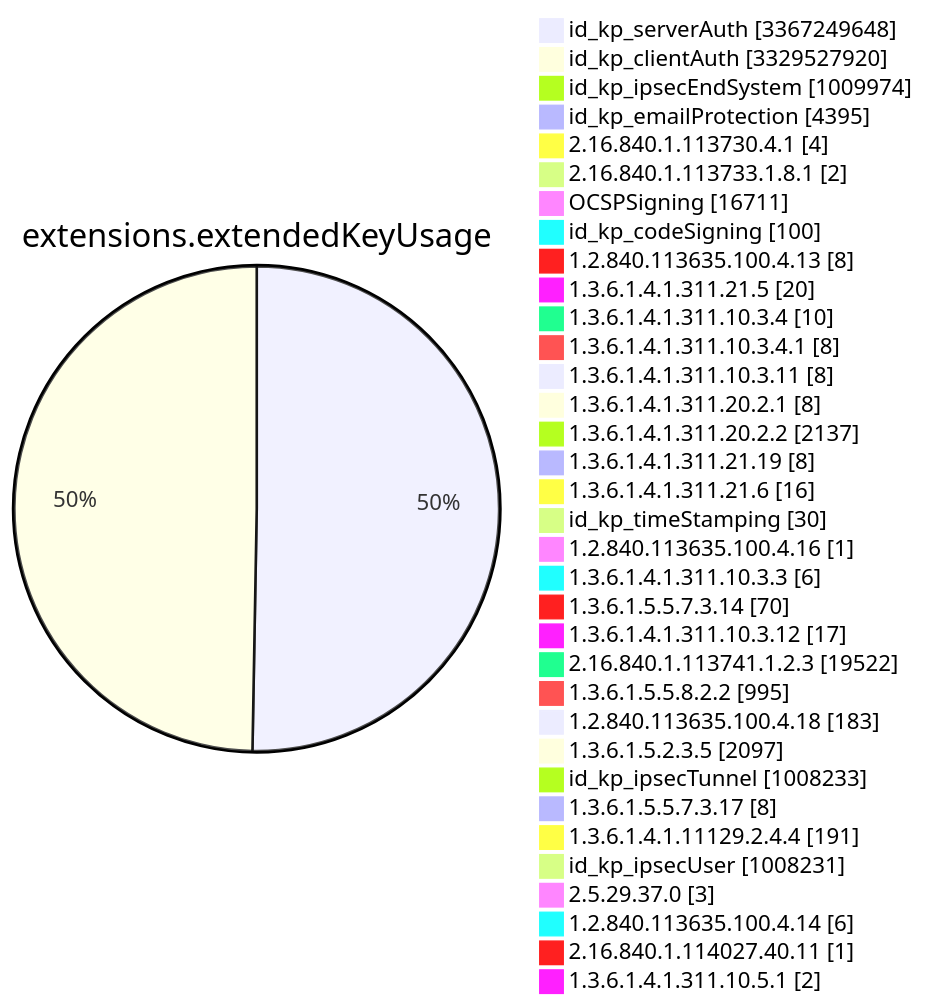
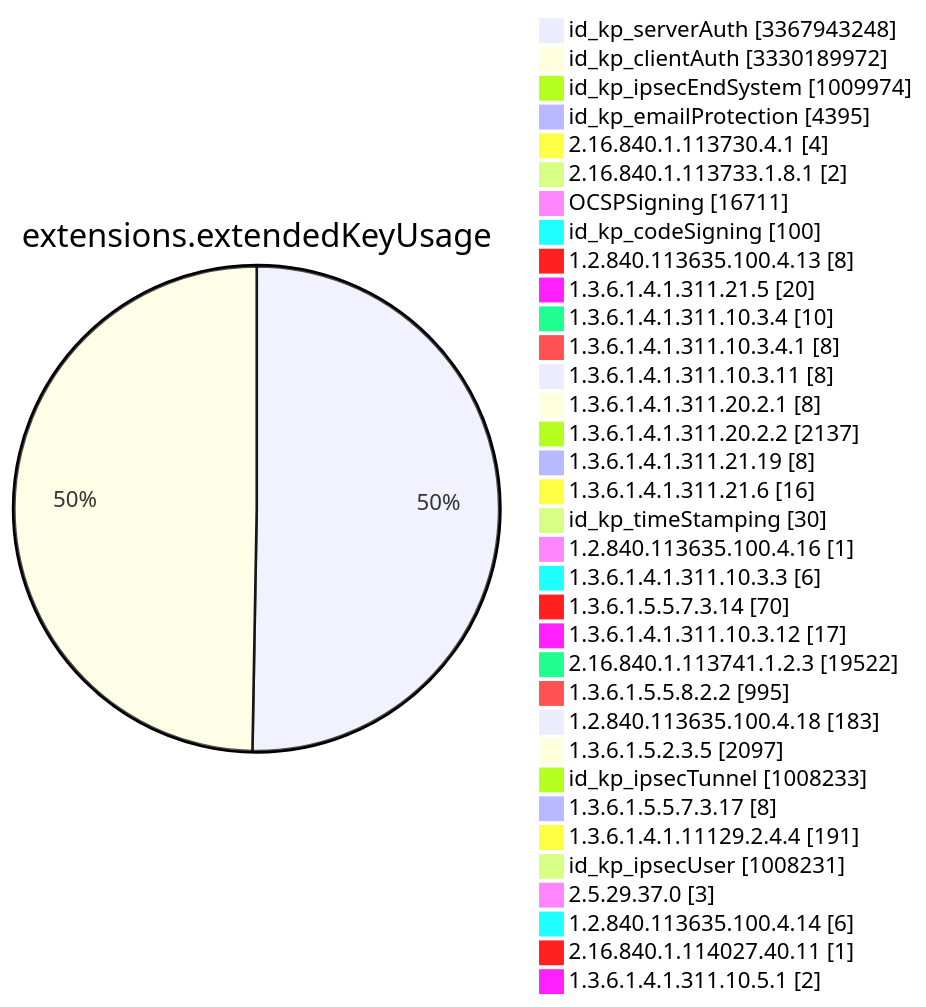
One commit to christiankrug/ctmonitor_visualization changed diagram 11 of 15 in TOTAL/README.md. Above: the diagram before and after it, drawn with Mermaid. The commit also changed other lines of this file, not shown here.

````diff
--- a/TOTAL/README.md
+++ b/TOTAL/README.md
@@ -4120,38 +4120,38 @@
 ```mermaid
 pie showData
 title extensions.extendedKeyUsage
-"id_kp_serverAuth" :3367249648
-"id_kp_clientAuth" :3329527920
+"id_kp_serverAuth" :3367943248
+"id_kp_clientAuth" :3330189972
 "id_kp_ipsecEndSystem" :1009974
 "id_kp_emailProtection" :4395
 "2.16.840.1.113730.4.1" :4
 "2.16.840.1.113733.1.8.1" :2
 "OCSPSigning" :16711
 "id_kp_codeSigning" :100
 "1.2.840.113635.100.4.13" :8
 "1.3.6.1.4.1.311.21.5" :20
 "1.3.6.1.4.1.311.10.3.4" :10
 "1.3.6.1.4.1.311.10.3.4.1" :8
 "1.3.6.1.4.1.311.10.3.11" :8
 "1.3.6.1.4.1.311.20.2.1" :8
 "1.3.6.1.4.1.311.20.2.2" :2137
 "1.3.6.1.4.1.311.21.19" :8
 "1.3.6.1.4.1.311.21.6" :16
 "id_kp_timeStamping" :30
 "1.2.840.113635.100.4.16" :1
 "1.3.6.1.4.1.311.10.3.3" :6
 "1.3.6.1.5.5.7.3.14" :70
 "1.3.6.1.4.1.311.10.3.12" :17
 "2.16.840.1.113741.1.2.3" :19522
 "1.3.6.1.5.5.8.2.2" :995
 "1.2.840.113635.100.4.18" :183
 "1.3.6.1.5.2.3.5" :2097
 "id_kp_ipsecTunnel" :1008233
 "1.3.6.1.5.5.7.3.17" :8
 "1.3.6.1.4.1.11129.2.4.4" :191
 "id_kp_ipsecUser" :1008231
 "2.5.29.37.0" :3
 "1.2.840.113635.100.4.14" :6
 "2.16.840.1.114027.40.11" :1
 "1.3.6.1.4.1.311.10.5.1" :2
 ```
````
